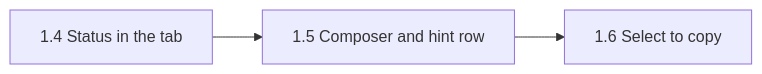
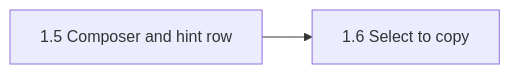
Before and after one commit to MilanPavel/golem: the second of 4 diagrams in docs/plan.md, drawn with Mermaid. The commit also changed other lines of this file and 7 other files, not shown here.

````diff
--- a/docs/plan.md
+++ b/docs/plan.md
@@ -111,4 +111,4 @@
 ```mermaid
 flowchart LR
-  s4[1.4 Status in the tab] --> s5[1.5 Composer and hint row] --> s6[1.6 Select to copy]
+  s5[1.5 Composer and hint row] --> s6[1.6 Select to copy]
 ```
````
